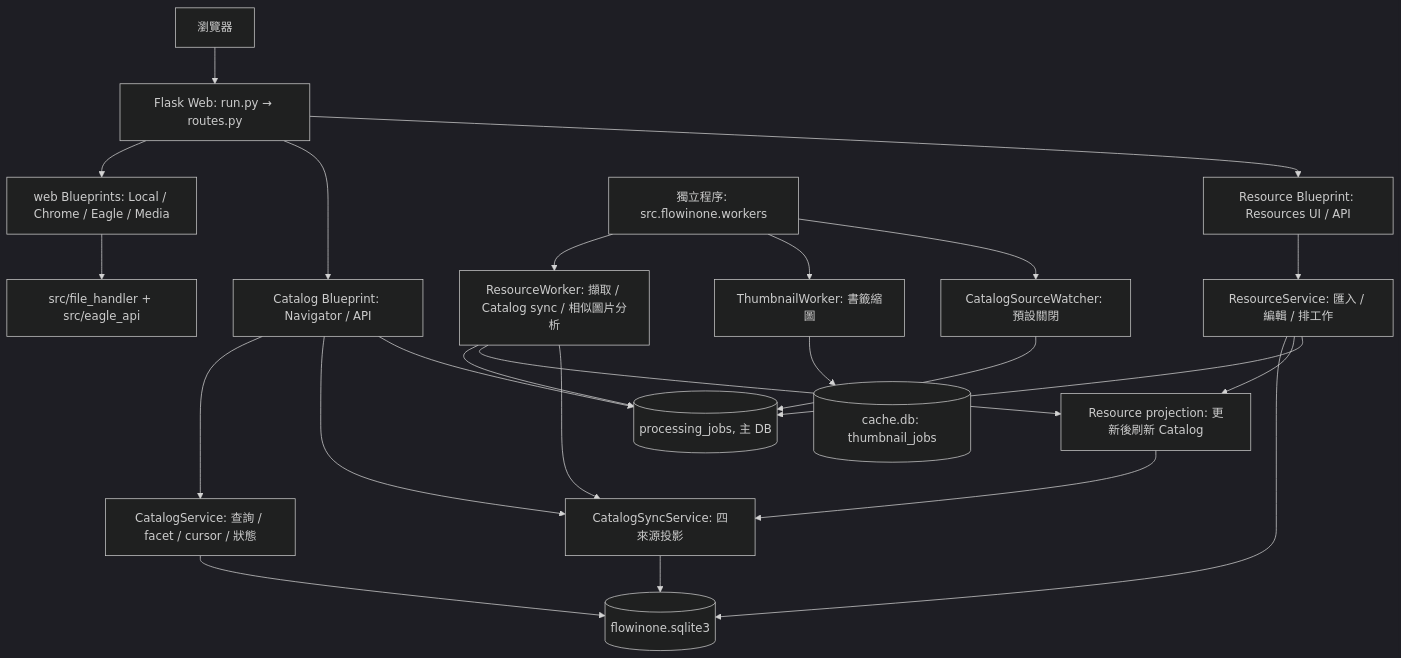
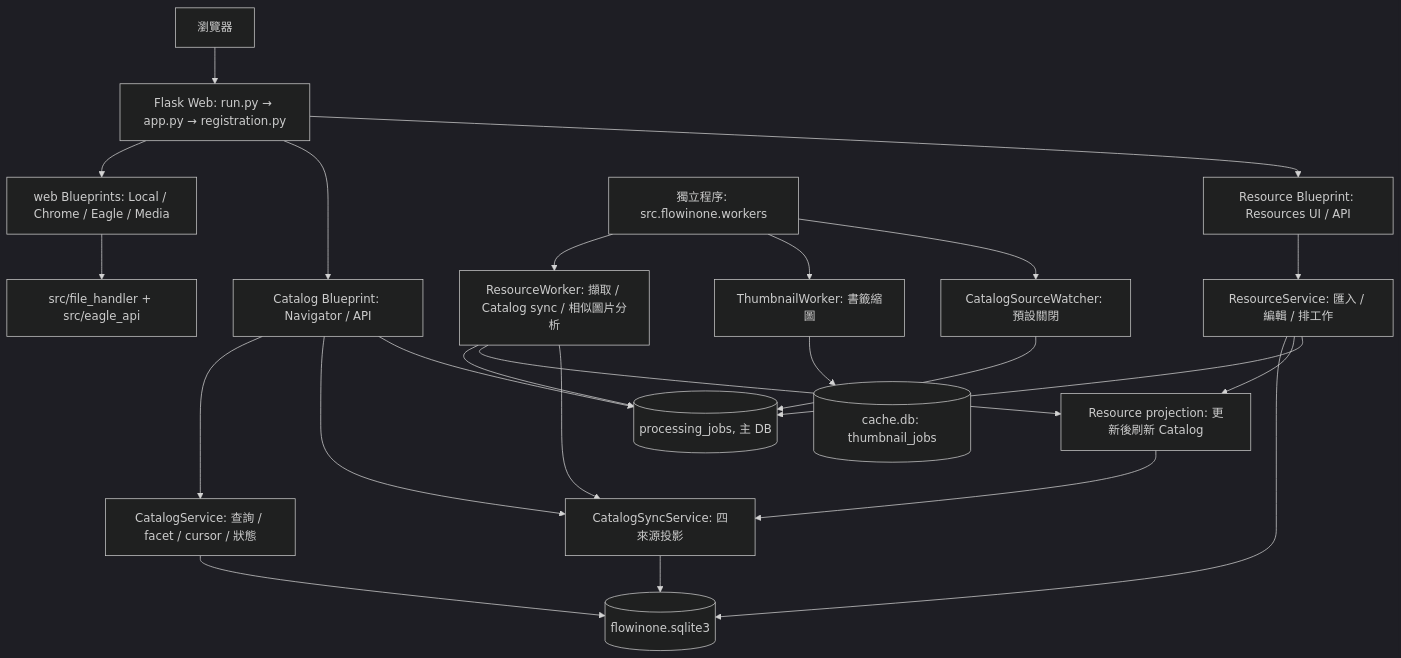
The second of 3 diagrams in docs/architecture.md (vecwise/Flowinone), drawn with Mermaid (dark theme) before and after one commit. The commit also changed other lines of this file and 24 other files, not shown here.

````diff
--- a/docs/architecture.md
+++ b/docs/architecture.md
@@ -57,28 +57,28 @@
 ```mermaid
 flowchart TB
-  Browser["瀏覽器"] --> Flask["Flask Web: run.py → routes.py"]
+  Browser["瀏覽器"] --> Flask["Flask Web: run.py → app.py → registration.py"]
   Flask --> SourceBP["web Blueprints: Local / Chrome / Eagle / Media"]
   Flask --> CatalogBP["Catalog Blueprint: Navigator / API"]
   Flask --> ResourceBP["Resource Blueprint: Resources UI / API"]
 
   SourceBP --> Adapters["src/file_handler + src/eagle_api"]
   CatalogBP --> CatalogService["CatalogService: 查詢 / facet / cursor / 狀態"]
   CatalogBP --> SyncService["CatalogSyncService: 四來源投影"]
   ResourceBP --> ResourceService["ResourceService: 匯入 / 編輯 / 排工作"]
   CatalogService --> MainDB[("flowinone.sqlite3")]
   SyncService --> MainDB
   ResourceService --> MainDB
   ResourceService --> Projection["Resource projection: 更新後刷新 Catalog"]
   Projection --> SyncService
   ResourceService --> JobQueue[("processing_jobs, 主 DB")]
   CatalogBP --> JobQueue
 
   Runtime["獨立程序: src.flowinone.workers"] --> ResourceWorker["ResourceWorker: 擷取 / Catalog sync / 相似圖片分析"]
   Runtime --> ThumbnailWorker["ThumbnailWorker: 書籤縮圖"]
   Runtime --> Watcher["CatalogSourceWatcher: 預設關閉"]
   ResourceWorker --> JobQueue
   ResourceWorker --> Projection
   ResourceWorker --> SyncService
   ThumbnailWorker --> CacheDB[("cache.db: thumbnail_jobs")]
   Watcher --> JobQueue
 ```
````
